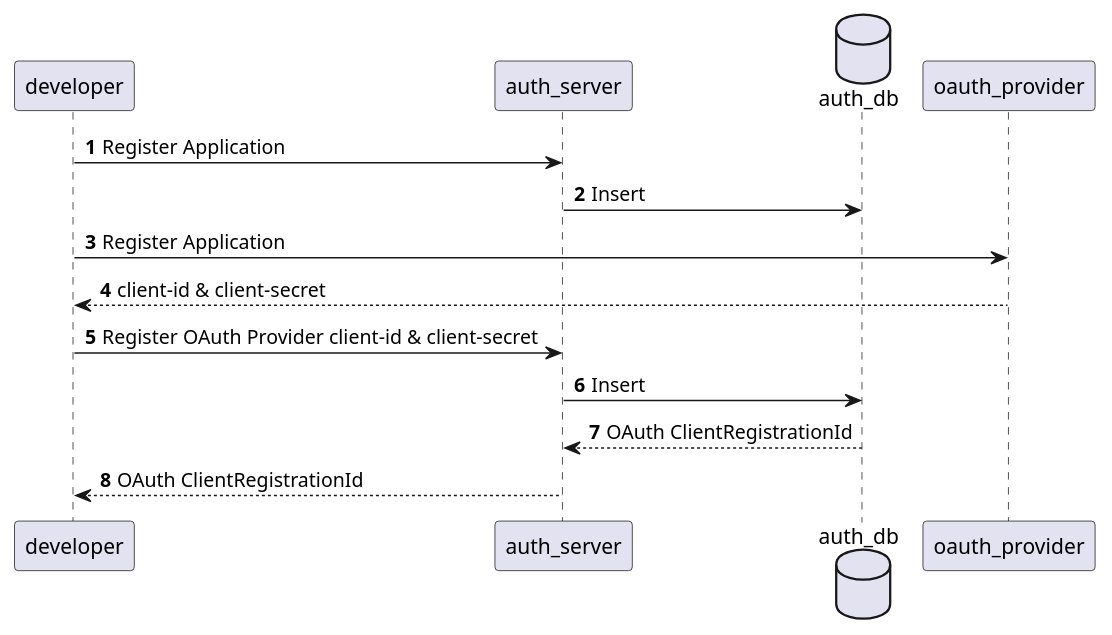
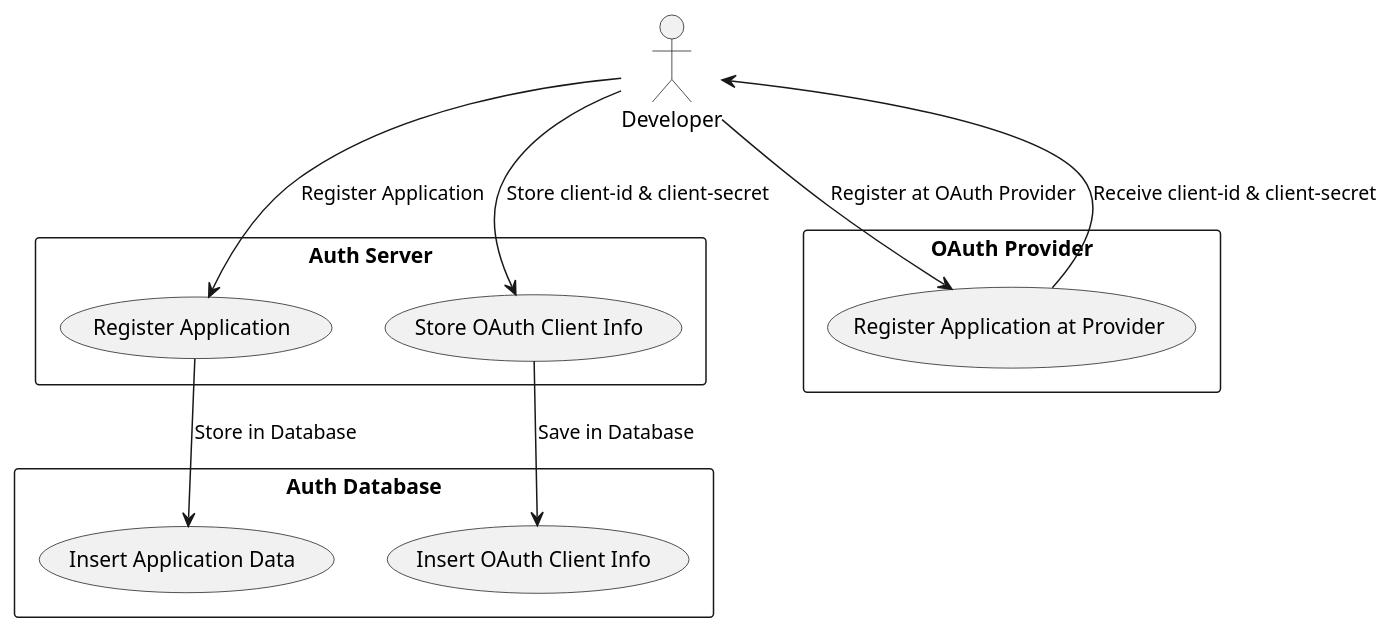
One commit to PARKPARKWOO/auth-server changed the diagram in docs/usecase.puml. Above: the diagram before and after it, drawn with PlantUML. The commit also changed 11 other files, not shown here.

```diff
--- a/docs/usecase.puml
+++ b/docs/usecase.puml
@@ -1,14 +1,25 @@
 @startuml
-'https://plantuml.com/sequence-diagram
+actor Developer
 
-autonumber 
-developer -> auth_server: Register Application
-database auth_db
-auth_server -> auth_db: Insert
-developer -> oauth_provider: Register Application
-oauth_provider --> developer: client-id & client-secret
-developer -> auth_server: Register OAuth Provider client-id & client-secret
-auth_server -> auth_db: Insert
-auth_db --> auth_server: OAuth ClientRegistrationId
-auth_server --> developer: OAuth ClientRegistrationId
+rectangle "Auth Server" {
+    usecase "Register Application" as UC_RegisterApp
+    usecase "Store OAuth Client Info" as UC_StoreClientInfo
+}
+
+rectangle "OAuth Provider" {
+    usecase "Register Application at Provider" as UC_RegisterAtProvider
+}
+
+rectangle "Auth Database" {
+    usecase "Insert Application Data" as UC_InsertAppData
+    usecase "Insert OAuth Client Info" as UC_InsertClientInfo
+}
+
+Developer --> UC_RegisterApp : "Register Application"
+UC_RegisterApp --> UC_InsertAppData : "Store in Database"
+Developer --> UC_RegisterAtProvider : "Register at OAuth Provider"
+UC_RegisterAtProvider --> Developer : "Receive client-id & client-secret"
+Developer --> UC_StoreClientInfo : "Store client-id & client-secret"
+UC_StoreClientInfo --> UC_InsertClientInfo : "Save in Database"
+
 @enduml
```
